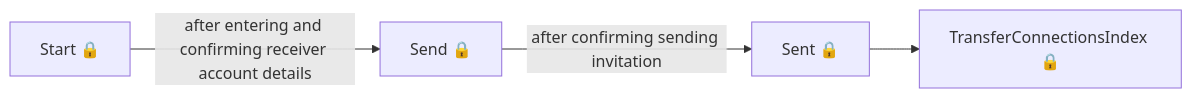
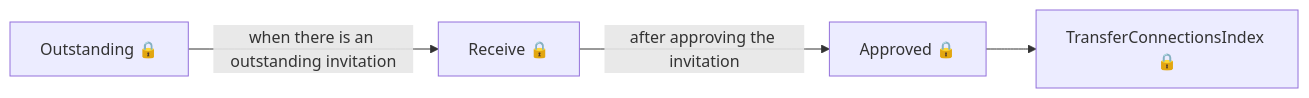
One commit to talentconsulting/atlas-dfe changed the third of 7 diagrams in das-employer-finance/user-journeys/user-journeys.md. Above: the diagram before and after it, drawn with Mermaid. The commit also changed other lines of this file and 36 other files, not shown here.

````diff
--- a/das-employer-finance/user-journeys/user-journeys.md
+++ b/das-employer-finance/user-journeys/user-journeys.md
@@ -34,6 +34,6 @@
 ```mermaid
 flowchart LR
-  p0["Start 🔒"] -->|"after entering and confirming receiver account details"| p1["Send 🔒"]
-  p1["Send 🔒"] -->|"after confirming sending invitation"| p2["Sent 🔒"]
-  p2["Sent 🔒"] --> p3["TransferConnectionsIndex 🔒"]
+  p0["Outstanding 🔒"] -->|"when there is an outstanding invitation"| p1["Receive 🔒"]
+  p1["Receive 🔒"] -->|"after approving the invitation"| p2["Approved 🔒"]
+  p2["Approved 🔒"] --> p3["TransferConnectionsIndex 🔒"]
 ```
````
